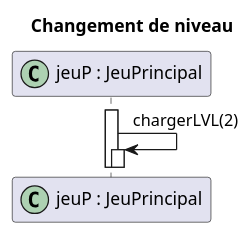
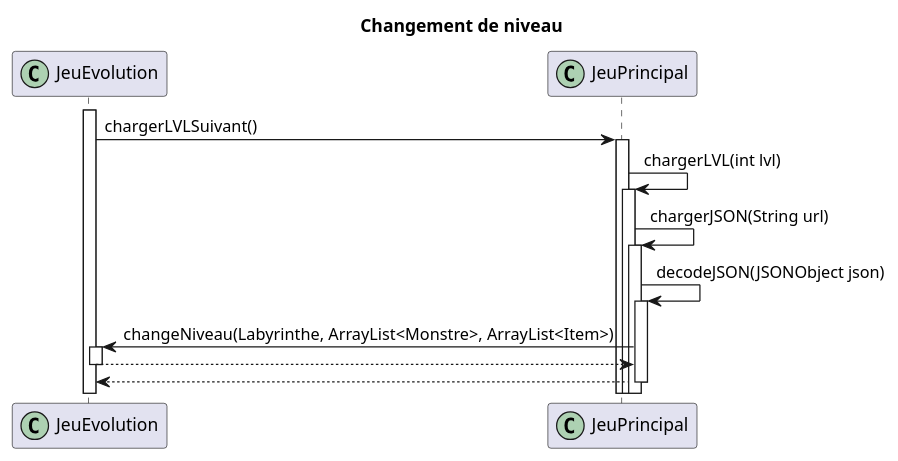
One commit to LoickNosal/2019_COO_Zeldiablo_Nosal9u_Demang146u_Sousa12u_Gsell5u changed the diagram in documents/version_06/diagramme_sequence/changerNiveau.wsd. Above: the diagram before and after it, drawn with PlantUML. The commit also changed 1 other file, not shown here.

Commit message:
Update sequence changerNiveau

```diff
--- a/documents/version_06/diagramme_sequence/changerNiveau.wsd
+++ b/documents/version_06/diagramme_sequence/changerNiveau.wsd
@@ -1,12 +1,26 @@
-@startuml
+@startuml 
+title Changement de niveau
+participant JeuEvolution << (C,#ADD1B2) >>
+participant JeuPrincipal << (C,#ADD1B2) >>
 
-title Changement de niveau
-
-participant "jeuP : JeuPrincipal" as JeuPrincipal << (C,#ADD1B2) >>
+activate JeuEvolution
+JeuEvolution -> JeuPrincipal : chargerLVLSuivant()
 
 activate JeuPrincipal
-JeuPrincipal -> JeuPrincipal : chargerLVL(2)
+JeuPrincipal -> JeuPrincipal : chargerLVL(int lvl)
 activate JeuPrincipal
 
+JeuPrincipal -> JeuPrincipal : chargerJSON(String url)
+activate JeuPrincipal
 
+JeuPrincipal -> JeuPrincipal : decodeJSON(JSONObject json)
+activate JeuPrincipal
+
+JeuPrincipal -> JeuEvolution : changeNiveau(Labyrinthe, ArrayList<Monstre>, ArrayList<Item>)
+activate JeuEvolution
+JeuEvolution --> JeuPrincipal
+deactivate JeuEvolution
+
+JeuPrincipal --> JeuEvolution
+deactivate JeuPrincipal
 @enduml
```
